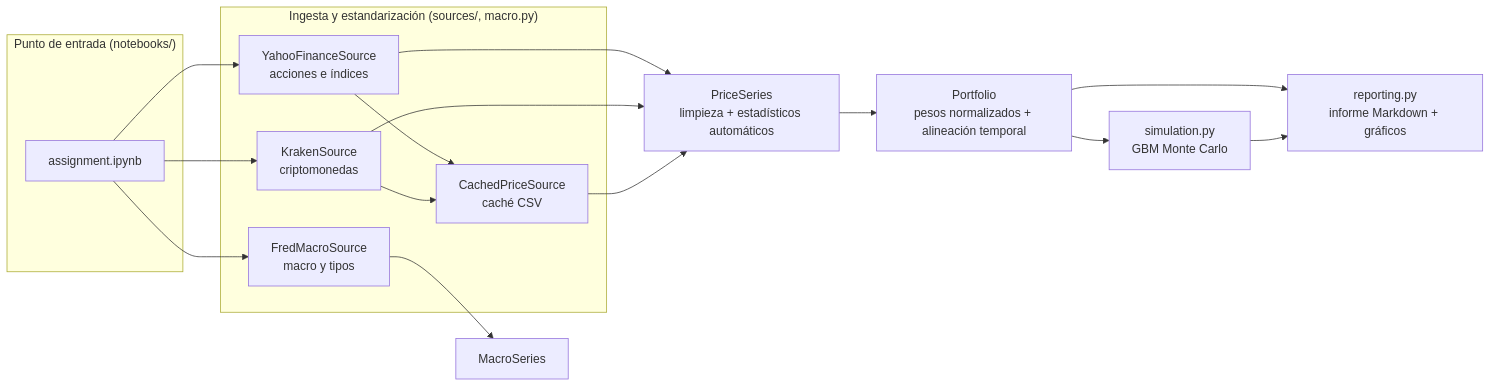
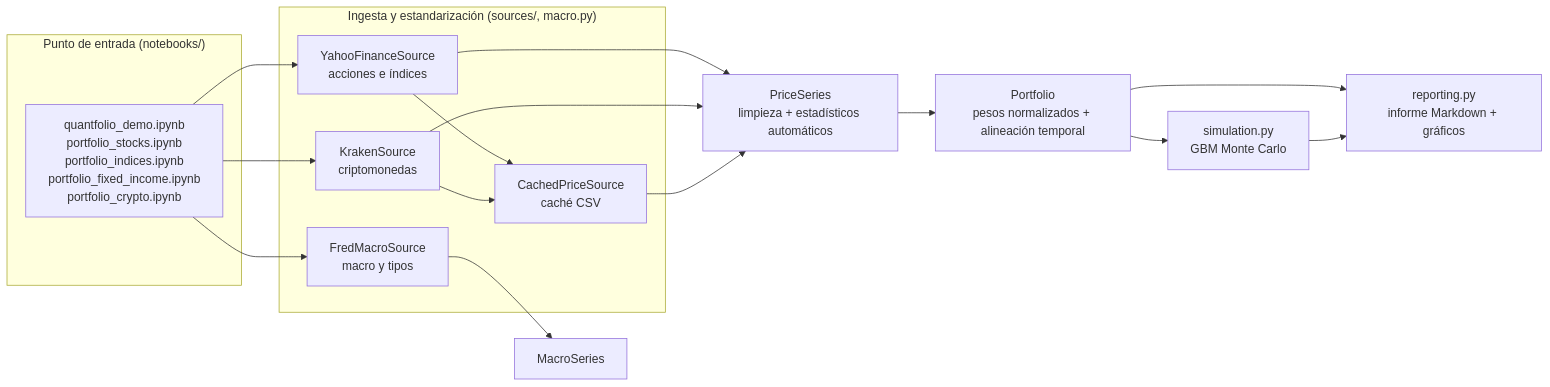
One commit to alejandroperezpujante/quantfolio changed the second of 2 diagrams in docs/architecture.md. Above: the diagram before and after it, drawn with Mermaid. The commit also changed other lines of this file and 17 other files, not shown here.

````diff
--- a/docs/architecture.md
+++ b/docs/architecture.md
@@ -117,33 +118,33 @@
 ```mermaid
 flowchart LR
     subgraph entrypoint["Punto de entrada (notebooks/)"]
-        NB["assignment.ipynb"]
+        NB["quantfolio_demo.ipynb<br/>portfolio_stocks.ipynb<br/>portfolio_indices.ipynb<br/>portfolio_fixed_income.ipynb<br/>portfolio_crypto.ipynb"]
     end
 
     subgraph ingestion["Ingesta y estandarización (sources/, macro.py)"]
         YF["YahooFinanceSource<br/>acciones e índices"]
         KR["KrakenSource<br/>criptomonedas"]
         CA["CachedPriceSource<br/>caché CSV"]
         FR["FredMacroSource<br/>macro y tipos"]
     end
 
     PS["PriceSeries<br/>limpieza + estadísticos automáticos"]
     MS["MacroSeries"]
     PF["Portfolio<br/>pesos normalizados + alineación temporal"]
     MC["simulation.py<br/>GBM Monte Carlo"]
     RP["reporting.py<br/>informe Markdown + gráficos"]
 
     NB --> YF
     NB --> KR
     NB --> FR
     YF --> CA
     KR --> CA
     YF --> PS
     KR --> PS
     CA --> PS
     FR --> MS
     PS --> PF
     PF --> MC
     PF --> RP
     MC --> RP
 ```
````
